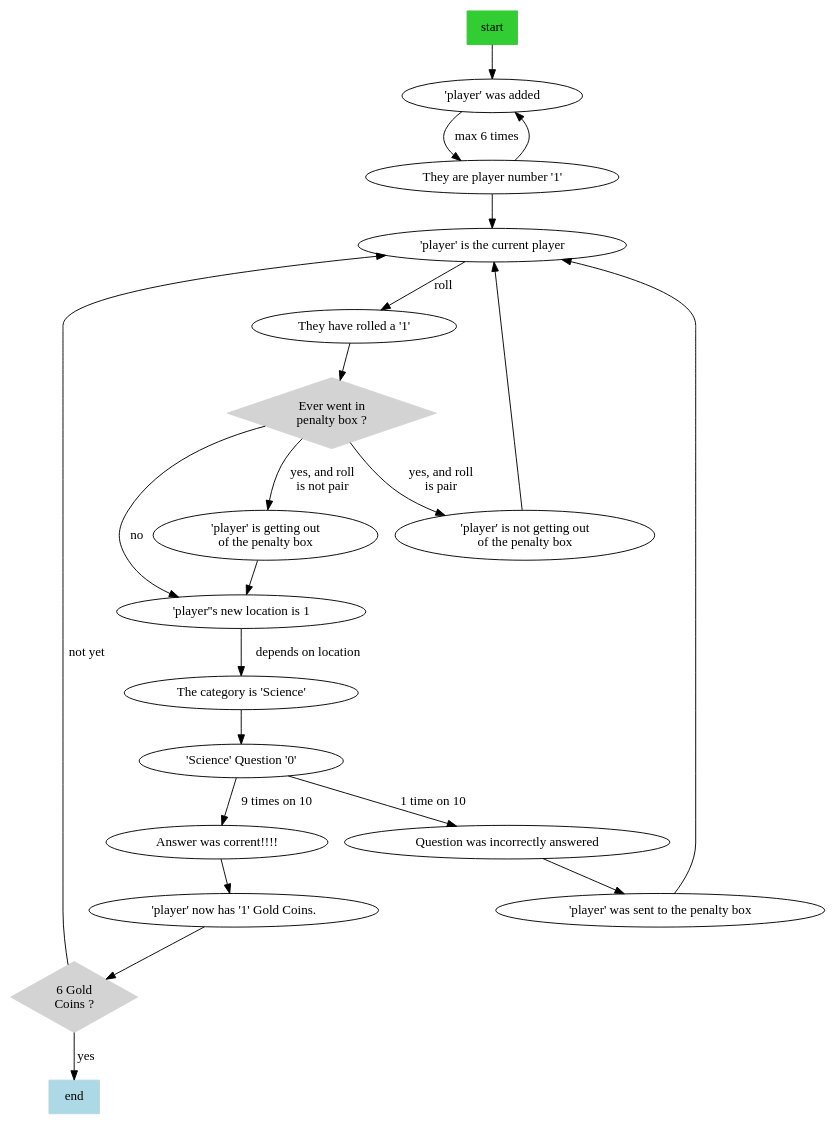
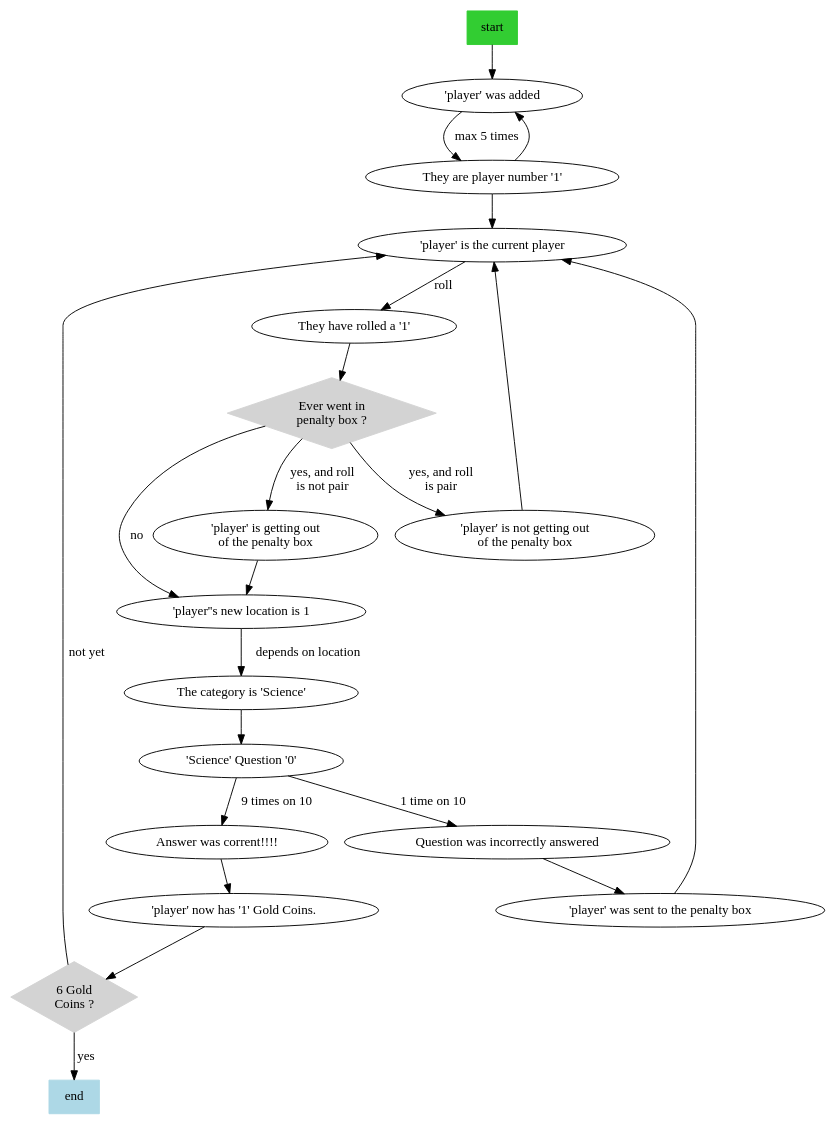
The diagram in graphviz/trivia.gv (ericlemerdy/trivia), drawn with Graphviz before and after one commit.

Commit message:
Max number of players is 5.

```diff
--- a/graphviz/trivia.gv
+++ b/graphviz/trivia.gv
@@ -1,44 +1,44 @@
 digraph G {
 	/* Add players */
 	"start"                                           -> "'player' was added";
-        "'player' was added"                              -> "They are player number '1'" [label="max 6 times"];
+        "'player' was added"                              -> "They are player number '1'" [label="max 5 times"];
         "They are player number '1'"                      -> "'player' was added";
 	"They are player number '1'"                      -> "'player' is the current player";
 
 	/* Next player, rolling */
 	"'player' is the current player"                  -> "They have rolled a '1'" [label="roll"];
 	"They have rolled a '1'"                          -> "Ever went in\npenalty box ?";
 
 	/* Never in penalty box */
         "Ever went in\npenalty box ?"                     -> "'player''s new location is 1" [label="no"];
         "'player''s new location is 1"                    -> "The category is 'Science'" [label="depends on location"];
 	"The category is 'Science'"                       -> "'Science' Question '0'";
 
 	/* Correct answer */
         "'Science' Question '0'"                          -> "Answer was corrent!!!!" [label="9 times on 10"];
 	"Answer was corrent!!!!"                          -> "'player' now has '1' Gold Coins."
 	"'player' now has '1' Gold Coins."                -> "6 Gold\nCoins ?";
 	"6 Gold\nCoins ?"                                 -> "'player' is the current player" [label="not yet"];
 
 	/* Wrong answer */
 	"'Science' Question '0'"                          -> "Question was incorrectly answered" [label="1 time on 10"];
 	"Question was incorrectly answered"               -> "'player' was sent to the penalty box";
 	"'player' was sent to the penalty box"            -> "'player' is the current player";
 
 	/* Getting out of penalty box */
 	"Ever went in\npenalty box ?"                     -> "'player' is getting out\nof the penalty box" [label="yes, and roll\nis not pair"];
 	"'player' is getting out\nof the penalty box"     -> "'player''s new location is 1";
 
 	/* Not Getting out of penalty box */
 	"Ever went in\npenalty box ?"                     -> "'player' is not getting out\nof the penalty box" [label="yes, and roll\nis pair"];
         "'player' is not getting out\nof the penalty box" -> "'player' is the current player";
 
 	/* Winner */
 	"6 Gold\nCoins ?"                                 -> "end" [label="yes"];
 
 	/* Shapes */
 	"start"                       [shape=rectangle,style=filled,color=limegreen];
 	"end"                         [shape=rectangle,style=filled,color=lightblue];
 	"Ever went in\npenalty box ?" [shape=diamond,style=filled,color=lightgrey];
 	"6 Gold\nCoins ?"             [shape=diamond,style=filled,color=lightgrey];
 }
```
